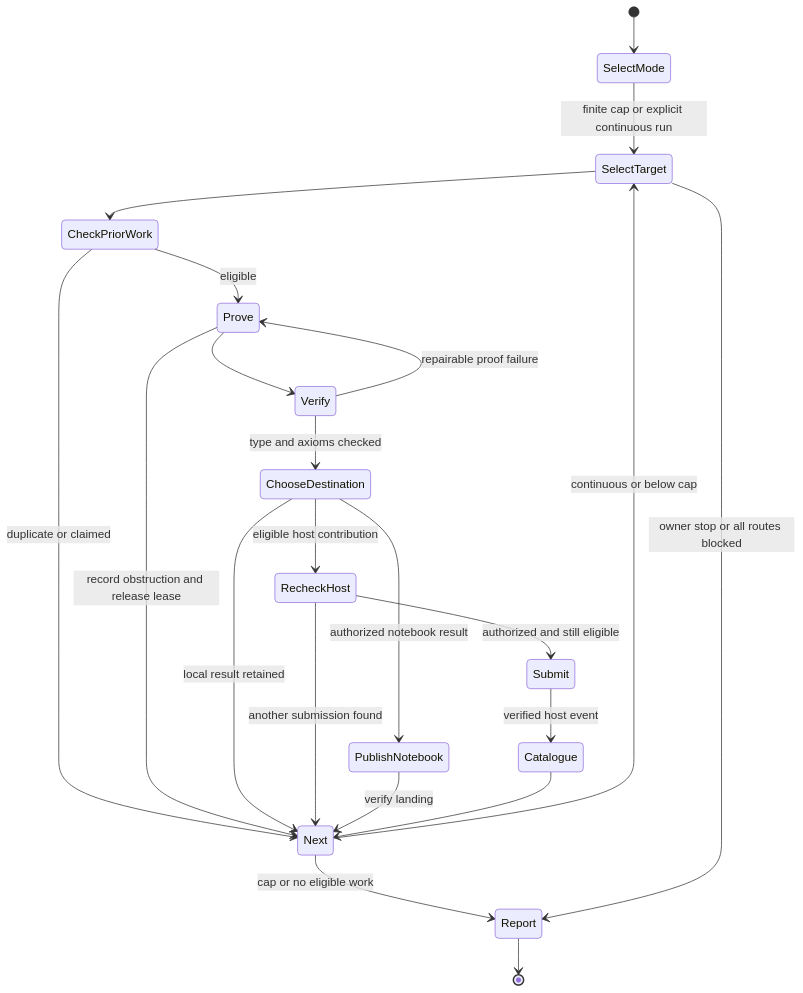
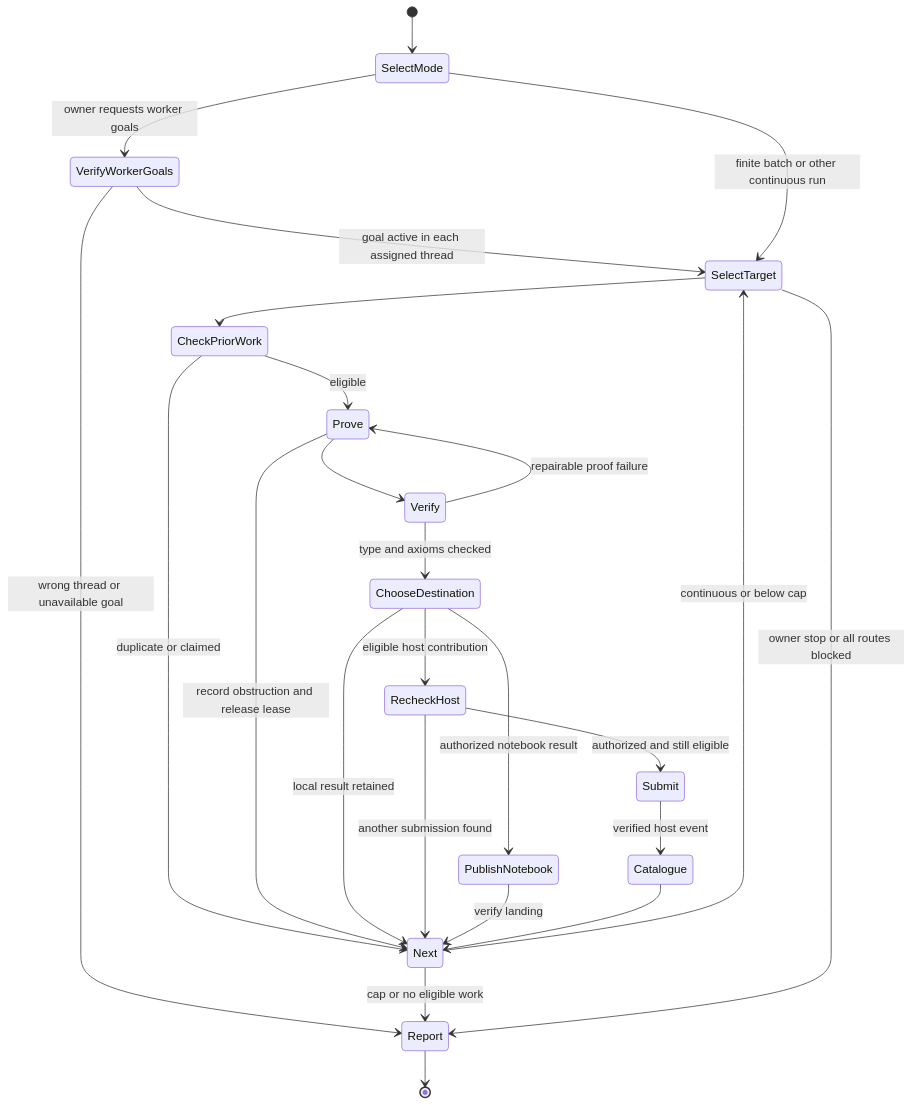
Before and after one commit to vincentkoc/dotskills: the diagram in skills/formal-math-conjectures/SKILL.md, drawn with Mermaid. The commit also changed other lines of this file, not shown here.

Commit message:
docs(formal-math-conjectures): verify worker goals and replay pins (#101)

````diff
--- a/skills/formal-math-conjectures/SKILL.md
+++ b/skills/formal-math-conjectures/SKILL.md
@@ -82,24 +84,27 @@
 ```mermaid
 stateDiagram-v2
     [*] --> SelectMode
-    SelectMode --> SelectTarget: finite cap or explicit continuous run
+    SelectMode --> VerifyWorkerGoals: owner requests worker goals
+    VerifyWorkerGoals --> SelectTarget: goal active in each assigned thread
+    VerifyWorkerGoals --> Report: wrong thread or unavailable goal
+    SelectMode --> SelectTarget: finite batch or other continuous run
     SelectTarget --> CheckPriorWork
     CheckPriorWork --> Next: duplicate or claimed
     CheckPriorWork --> Prove: eligible
     Prove --> Verify
     Verify --> Prove: repairable proof failure
     Prove --> Next: record obstruction and release lease
     Verify --> ChooseDestination: type and axioms checked
     ChooseDestination --> Next: local result retained
     ChooseDestination --> PublishNotebook: authorized notebook result
     ChooseDestination --> RecheckHost: eligible host contribution
     RecheckHost --> Next: another submission found
     RecheckHost --> Submit: authorized and still eligible
     Submit --> Catalogue: verified host event
     PublishNotebook --> Next: verify landing
     Catalogue --> Next
     Next --> SelectTarget: continuous or below cap
     Next --> Report: cap or no eligible work
     SelectTarget --> Report: owner stop or all routes blocked
     Report --> [*]
 ```
````
